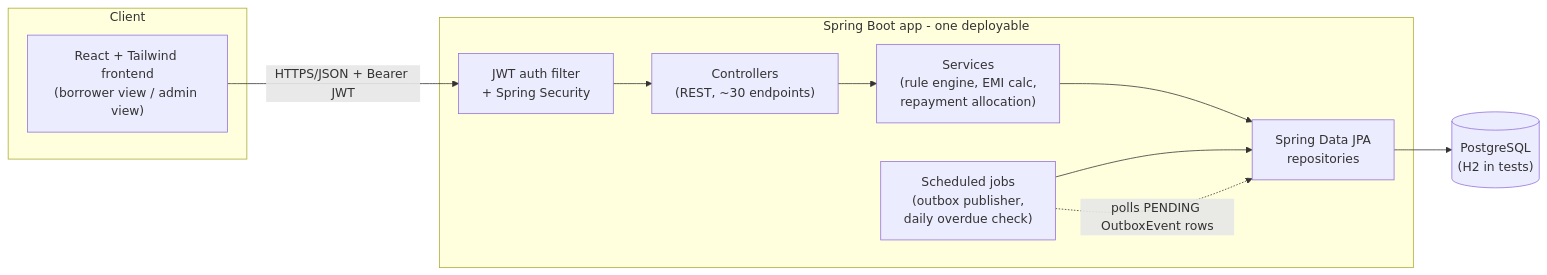
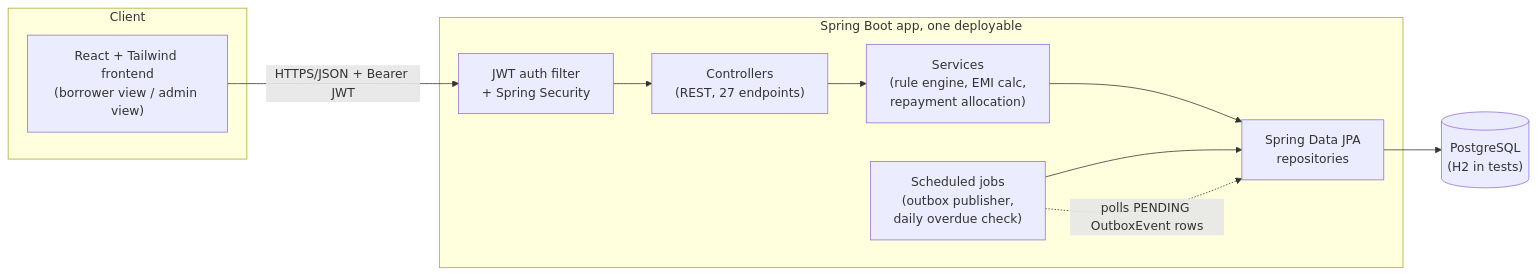
One commit to dhruvdoshi1811/microloan-management-platform changed the second of 2 diagrams in README.md. Above: the diagram before and after it, drawn with Mermaid. The commit also changed other lines of this file, not shown here.

````diff
--- a/README.md
+++ b/README.md
@@ -9,20 +76,20 @@
 ```mermaid
 flowchart LR
     subgraph Client
         FE["React + Tailwind frontend<br/>(borrower view / admin view)"]
     end
 
-    subgraph Backend["Spring Boot app - one deployable"]
+    subgraph Backend["Spring Boot app, one deployable"]
         SEC["JWT auth filter<br/>+ Spring Security"]
-        CTRL["Controllers<br/>(REST, ~30 endpoints)"]
+        CTRL["Controllers<br/>(REST, 27 endpoints)"]
         SVC["Services<br/>(rule engine, EMI calc,<br/>repayment allocation)"]
         REPO["Spring Data JPA<br/>repositories"]
         SCHED["Scheduled jobs<br/>(outbox publisher,<br/>daily overdue check)"]
     end
 
     DB[("PostgreSQL<br/>(H2 in tests)")]
 
     FE -- "HTTPS/JSON + Bearer JWT" --> SEC --> CTRL --> SVC --> REPO --> DB
     SCHED --> REPO
     SCHED -.polls PENDING OutboxEvent rows.-> REPO
 ```
````
